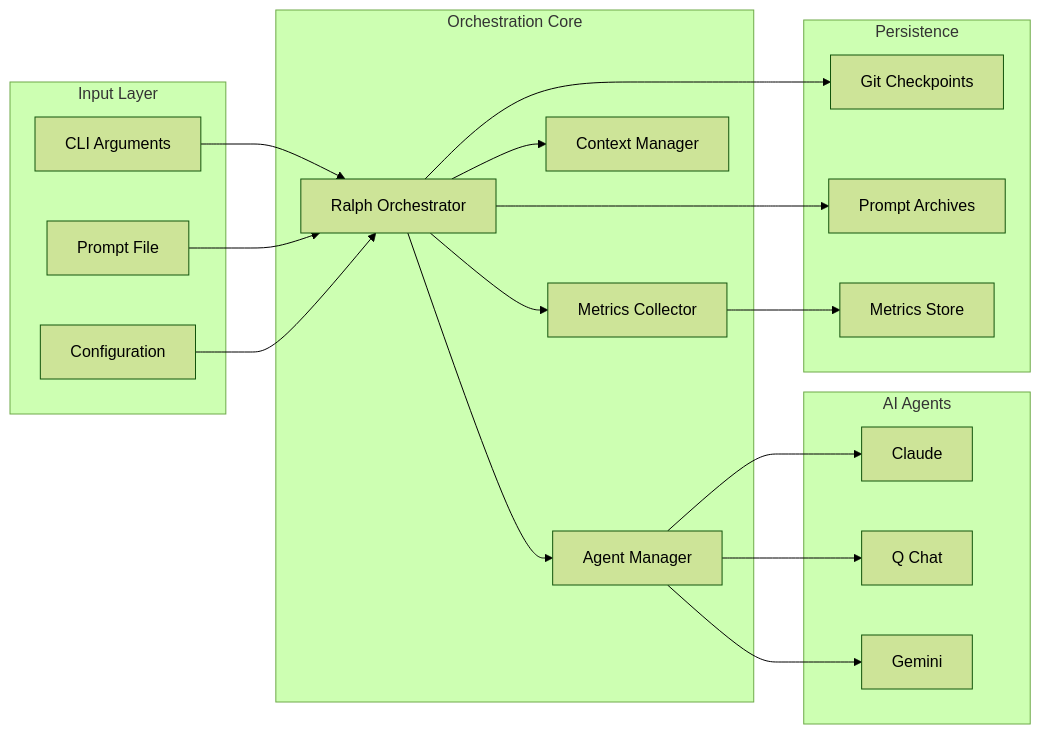
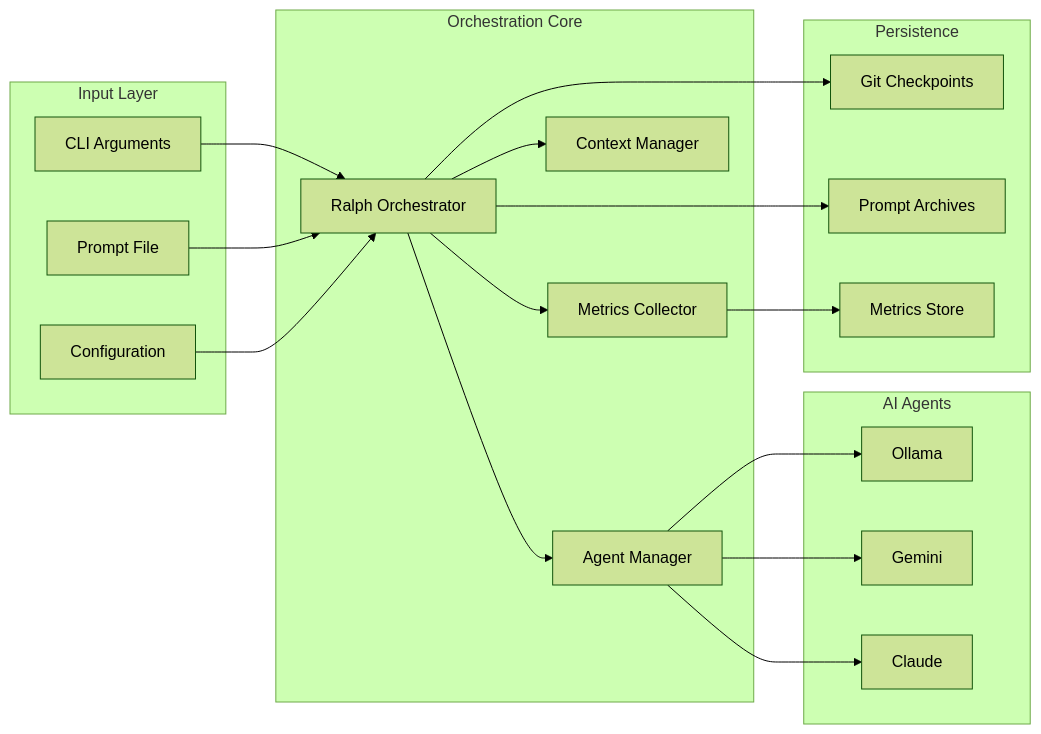
One commit to celaya-solutions/orchestrator changed the second of 2 diagrams in docs/guide/overview.md. Above: the diagram before and after it, drawn with Mermaid (forest theme). The commit also changed other lines of this file and 21 other files, not shown here.

````diff
--- a/docs/guide/overview.md
+++ b/docs/guide/overview.md
@@ -252,40 +252,40 @@
 ```mermaid
 graph LR
     subgraph "Input Layer"
         A[CLI Arguments]
         B[Prompt File]
         C[Configuration]
     end
 
     subgraph "Orchestration Core"
         D[Ralph Orchestrator]
         E[Agent Manager]
         F[Context Manager]
         G[Metrics Collector]
     end
 
     subgraph "AI Agents"
-        H[Claude]
-        I[Q Chat]
-        J[Gemini]
+        H[Ollama]
+        I[Gemini]
+        J[Claude]
     end
 
     subgraph "Persistence"
         K[Git Checkpoints]
         L[Prompt Archives]
         M[Metrics Store]
     end
 
     A --> D
     B --> D
     C --> D
     D --> E
     E --> H
     E --> I
     E --> J
     D --> F
     D --> G
     D --> K
     D --> L
     G --> M
 ```
````
